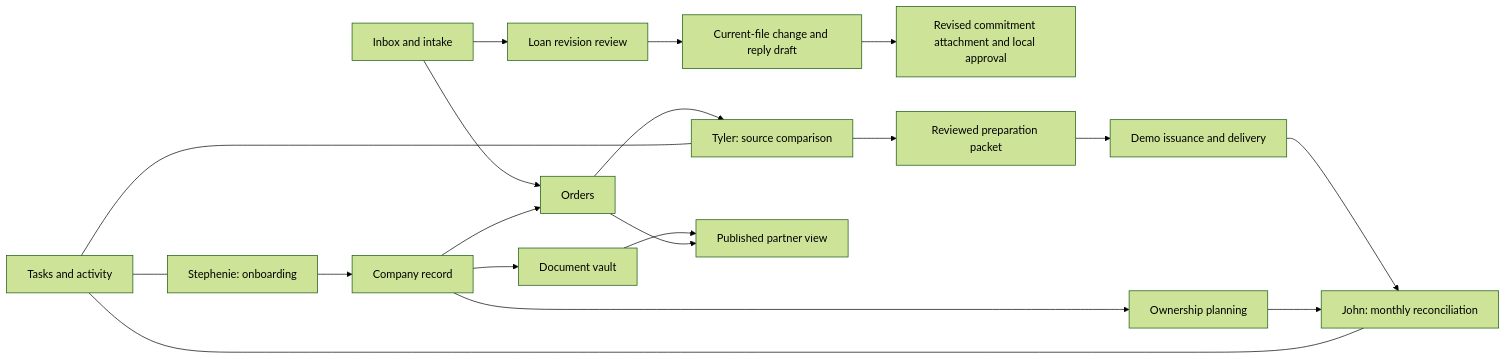
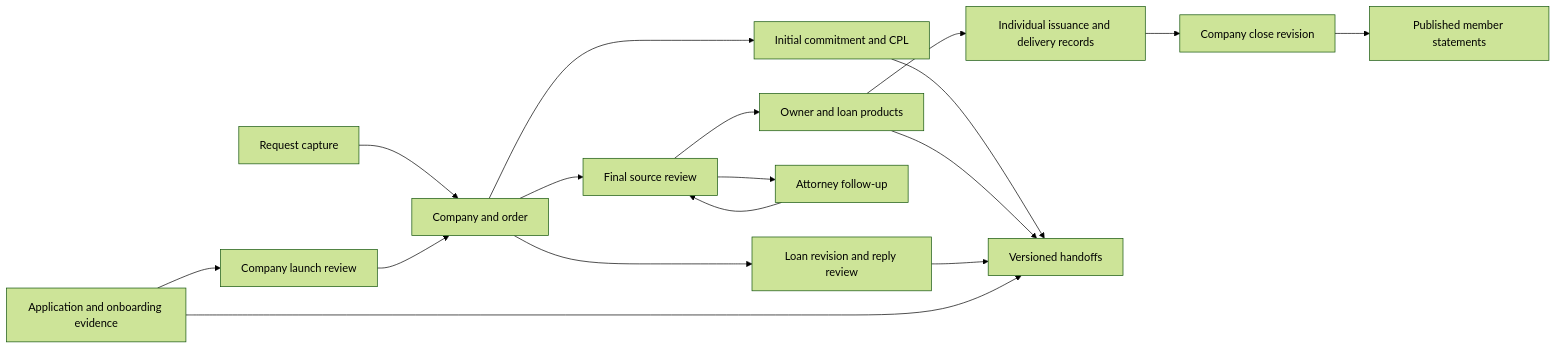
One commit to AaronPilk/title-software changed the diagram in docs/system-blueprint.md. Above: the diagram before and after it, drawn with Mermaid (forest theme). The commit also changed other lines of this file and 29 other files, not shown here.

````diff
--- a/docs/system-blueprint.md
+++ b/docs/system-blueprint.md
@@ -37,21 +51,19 @@
 ```mermaid
 flowchart LR
-    A[Inbox and intake] --> B[Orders]
-    A --> R[Loan revision review]
-    R --> S[Current-file change and reply draft]
-    S --> T[Revised commitment attachment and local approval]
-    B --> C[Tyler: source comparison]
-    C --> D[Reviewed preparation packet]
-    D --> E[Demo issuance and delivery]
-    E --> F[John: monthly reconciliation]
-    G[Stephenie: onboarding] --> H[Company record]
-    H --> B
-    H --> I[Document vault]
-    I --> J[Published partner view]
-    B --> J
-    H --> K[Ownership planning]
-    K --> F
-    L[Tasks and activity] --- C
-    L --- G
-    L --- F
+    I[Request capture] --> O[Company and order]
+    O --> C[Initial commitment and CPL]
+    O --> F[Final source review]
+    O --> R[Loan revision and reply review]
+    F --> W[Attorney follow-up]
+    W --> F
+    F --> P[Owner and loan products]
+    P --> D[Individual issuance and delivery records]
+    D --> L[Company close revision]
+    L --> V[Published member statements]
+    A[Application and onboarding evidence] --> G[Company launch review]
+    G --> O
+    C --> H[Versioned handoffs]
+    P --> H
+    R --> H
+    A --> H
 ```
````
